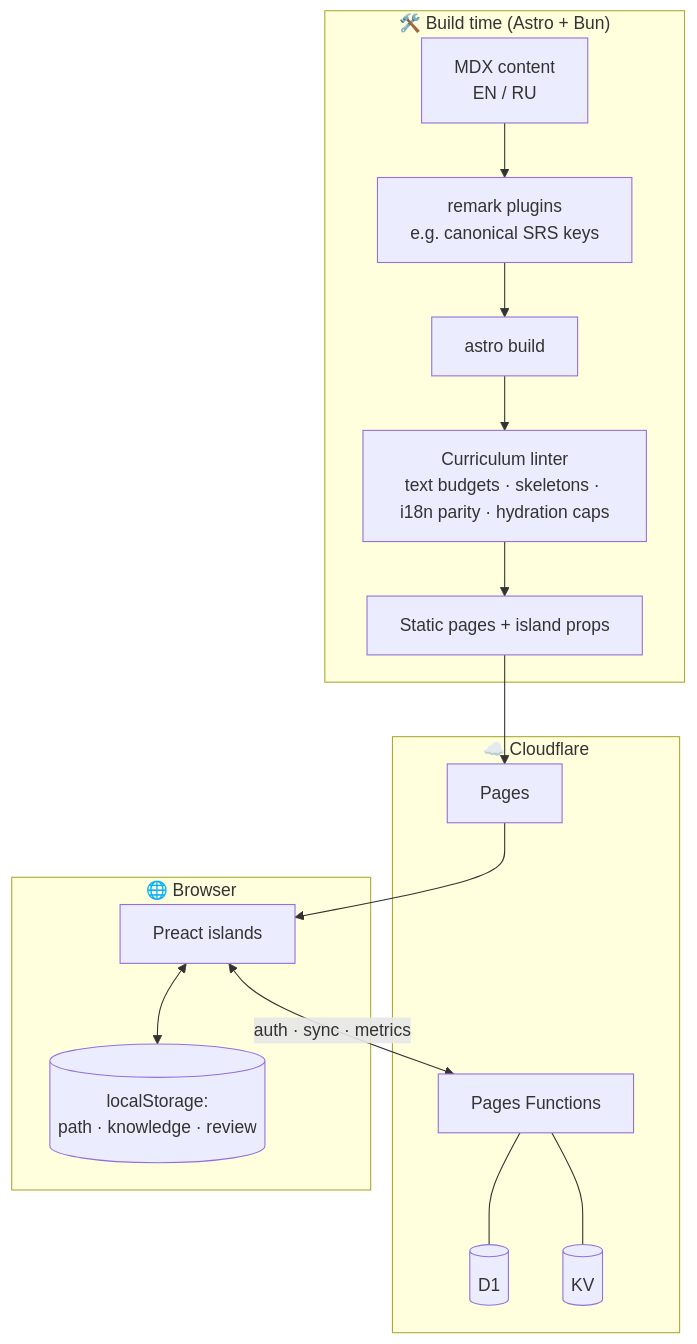
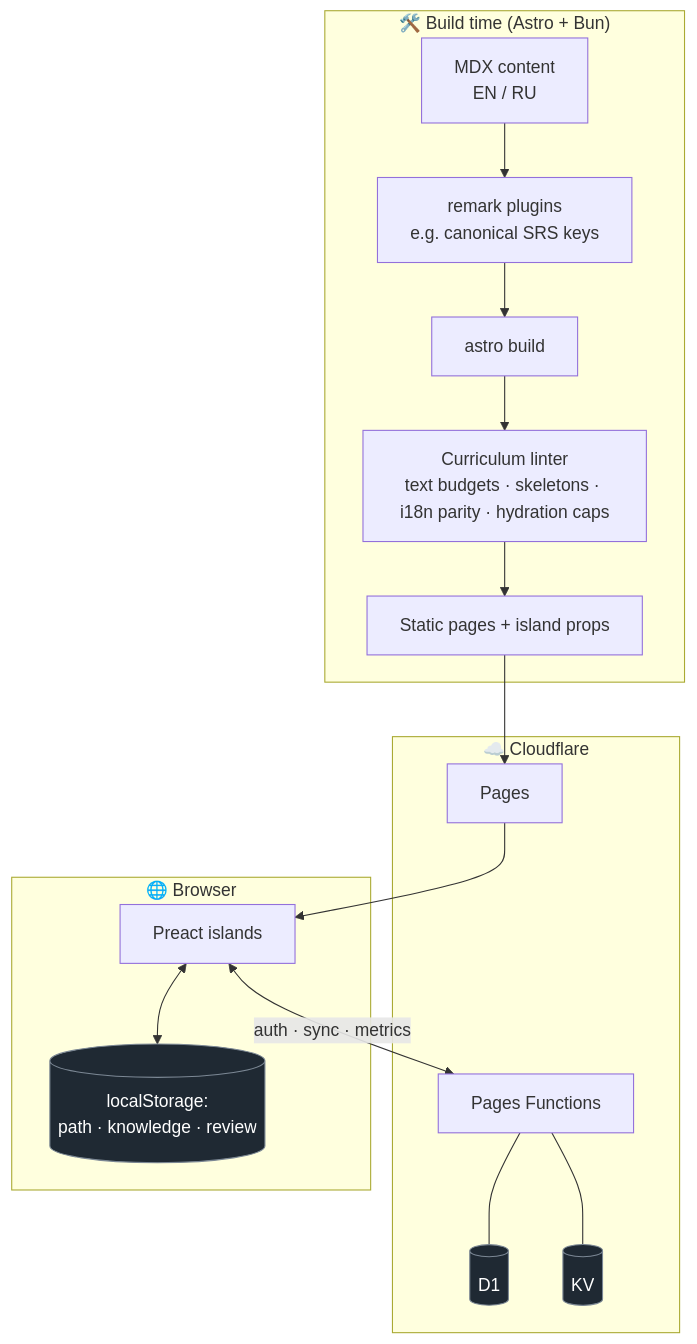
The second of 2 diagrams in README.md (fallowlone/Skein), drawn with Mermaid before and after one commit.

Commit message:
docs: fix low-contrast storage nodes in architecture diagram

````diff
--- a/README.md
+++ b/README.md
@@ -141,21 +141,24 @@
 ```mermaid
 flowchart TB
     subgraph Build["🛠️ Build time (Astro + Bun)"]
         MDX[MDX content<br/>EN / RU] --> RP[remark plugins<br/>e.g. canonical SRS keys]
         RP --> A[astro build]
         A --> LINT[Curriculum linter<br/>text budgets · skeletons · i18n parity · hydration caps]
         LINT --> DIST[Static pages + island props]
     end
 
     subgraph Edge["☁️ Cloudflare"]
         DIST --> CFP[Pages]
         FN[Pages Functions] --- D1[(D1)]
         FN --- KV[(KV)]
     end
 
     subgraph Client["🌐 Browser"]
         CFP --> ISL[Preact islands]
         ISL <--> LS[(localStorage:<br/>path · knowledge · review)]
         ISL <-->|auth · sync · metrics| FN
     end
+
+    classDef store fill:#1f2933,color:#fff,stroke:#7b8794,stroke-width:1px;
+    class LS,D1,KV store;
 ```
````
